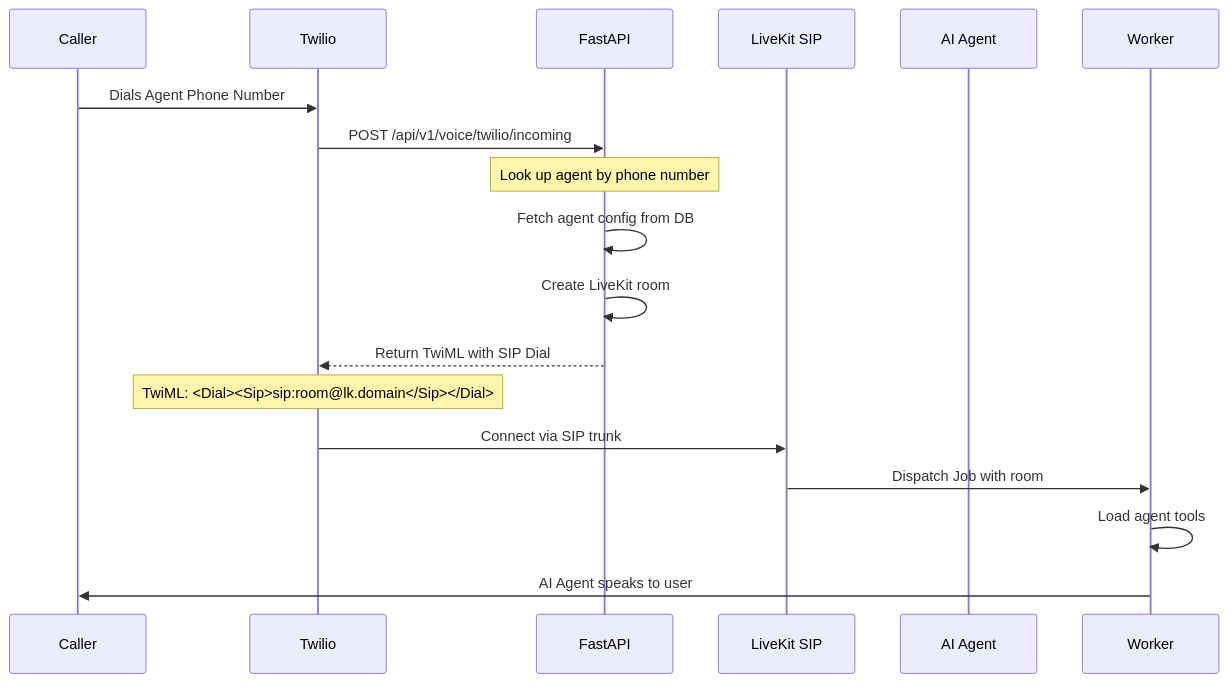
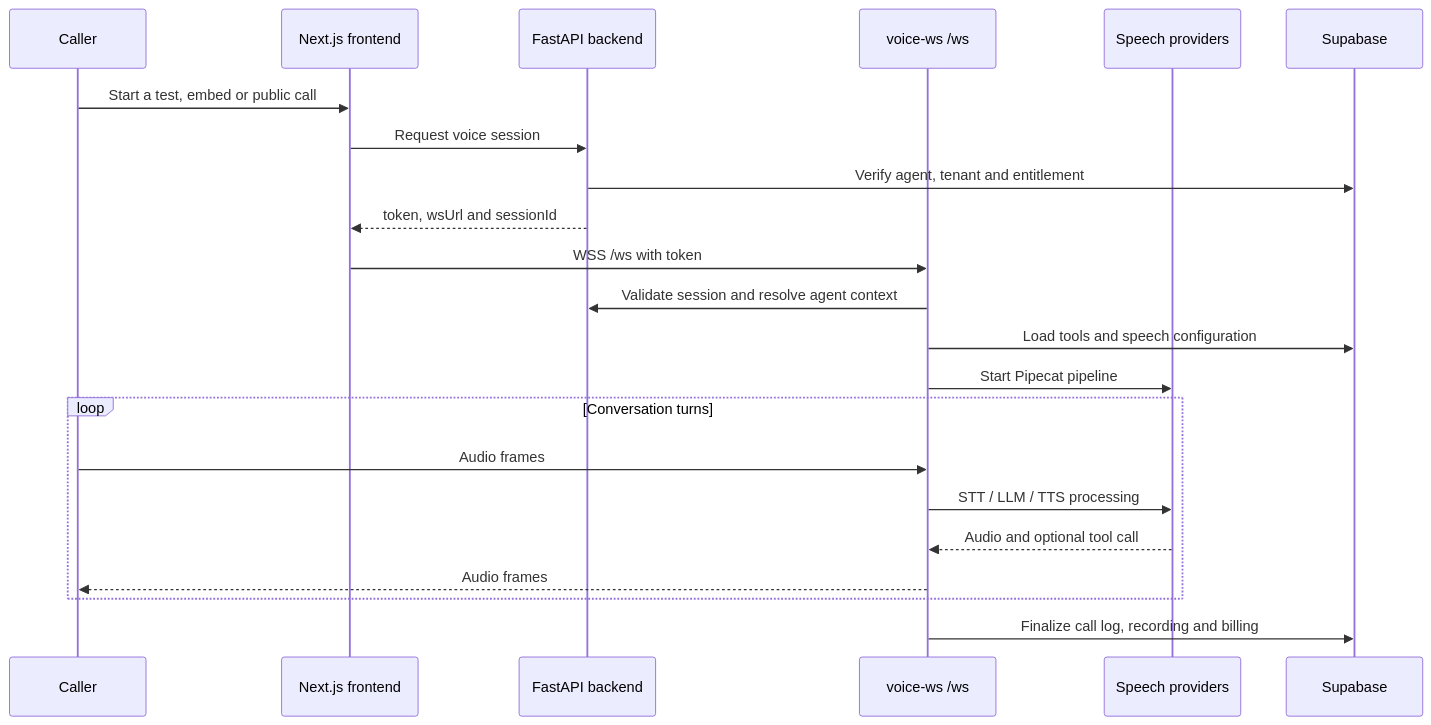
One commit to gauravdhiman/a1-voice-agent-platform changed the second of 5 diagrams in docs/01_architecture/system_architecture.md. Above: the diagram before and after it, drawn with Mermaid. The commit also changed other lines of this file and 96 other files, not shown here.

````diff
--- a/docs/01_architecture/system_architecture.md
+++ b/docs/01_architecture/system_architecture.md
@@ -57,20 +76,25 @@
 ```mermaid
 sequenceDiagram
     participant User as Caller
-    participant Twilio as Twilio
-    participant Backend as FastAPI
-    participant LiveKit as LiveKit SIP
-    participant voice-ws as AI Agent
+    participant FE as Next.js frontend
+    participant API as FastAPI backend
+    participant WS as voice-ws /ws
+    participant AI as Speech providers
+    participant DB as Supabase
 
-    User->>Twilio: Dials Agent Phone Number
-    Twilio->>Backend: POST /api/v1/voice/twilio/incoming
-    Note over Backend: Look up agent by phone number
-    Backend->>Backend: Fetch agent config from DB
-    Backend->>Backend: Create LiveKit room
-    Backend-->>Twilio: Return TwiML with SIP Dial
-    Note over Twilio: TwiML: <Dial><Sip>sip:room@lk.domain</Sip></Dial>
-    Twilio->>LiveKit: Connect via SIP trunk
-    LiveKit->>Worker: Dispatch Job with room
-    Worker->>Worker: Load agent tools
-    Worker->>User: AI Agent speaks to user
+    User->>FE: Start a test, embed or public call
+    FE->>API: Request voice session
+    API->>DB: Verify agent, tenant and entitlement
+    API-->>FE: token, wsUrl and sessionId
+    FE->>WS: WSS /ws with token
+    WS->>API: Validate session and resolve agent context
+    WS->>DB: Load tools and speech configuration
+    WS->>AI: Start Pipecat pipeline
+    loop Conversation turns
+        User->>WS: Audio frames
+        WS->>AI: STT / LLM / TTS processing
+        AI-->>WS: Audio and optional tool call
+        WS-->>User: Audio frames
+    end
+    WS->>DB: Finalize call log, recording and billing
 ```
````
